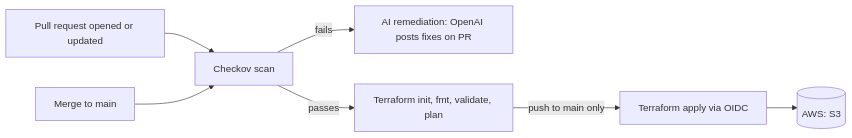
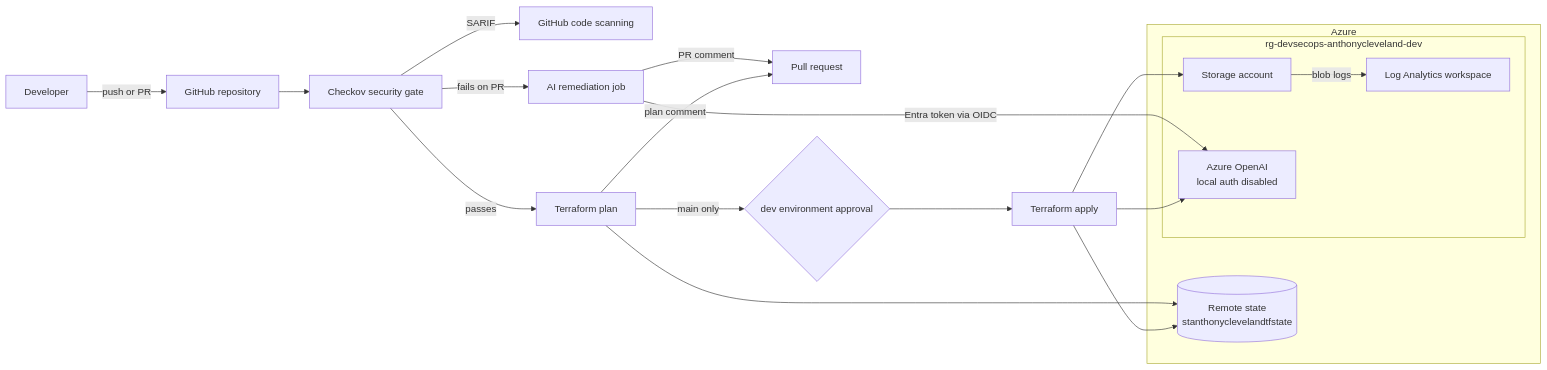
Before and after one commit to clevelandjosiah/Open-Ai-Pipeline: the diagram in README.md, drawn with Mermaid. The commit also changed other lines of this file, not shown here.

First line of the commit message:
Revise README for Azure Terraform DevSecOps Pipeline

````diff
--- a/README.md
+++ b/README.md
@@ -22,9 +33,28 @@
 ```mermaid
 flowchart LR
-    A[Pull request opened or updated] --> B[Checkov scan]
-    B -- fails --> C[AI remediation: OpenAI posts fixes on PR]
-    B -- passes --> D[Terraform init, fmt, validate, plan]
-    E[Merge to main] --> B
-    D -- push to main only --> F[Terraform apply via OIDC]
-    F --> G[(AWS: S3)]
+    dev[Developer] -->|push or PR| gh[GitHub repository]
+    gh --> scan[Checkov security gate]
+    scan -->|SARIF| cs[GitHub code scanning]
+    scan -->|fails on PR| ai[AI remediation job]
+    ai -->|PR comment| pr[Pull request]
+    scan -->|passes| plan[Terraform plan]
+    plan -->|plan comment| pr
+    plan -->|main only| approve{dev environment approval}
+    approve --> apply[Terraform apply]
+
+    subgraph Azure
+        state[(Remote state<br/>stanthonyclevelandtfstate)]
+        subgraph rg[rg-devsecops-anthonycleveland-dev]
+            st[Storage account]
+            law[Log Analytics workspace]
+            aoai[Azure OpenAI<br/>local auth disabled]
+        end
+    end
+
+    ai -->|Entra token via OIDC| aoai
+    plan --> state
+    apply --> state
+    apply --> st
+    apply --> aoai
+    st -->|blob logs| law
 ```
````
